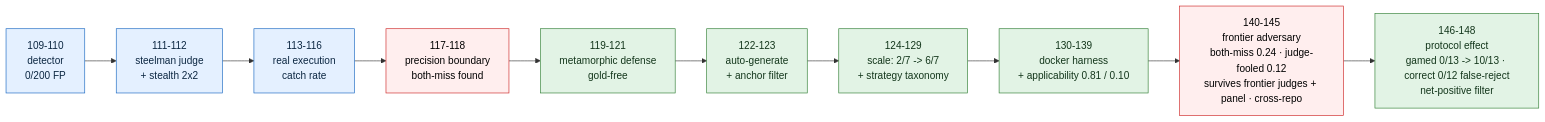
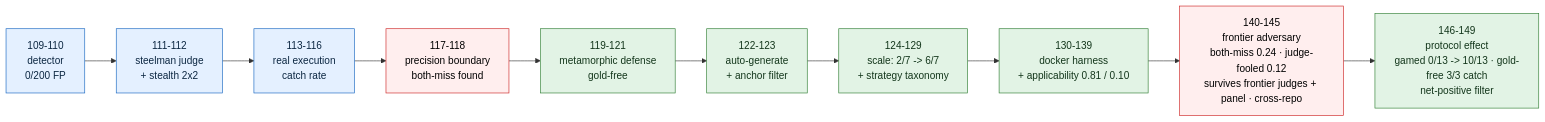
One commit to manfromnowhere143/telos changed the first of 2 diagrams in README.md. Above: the diagram before and after it, drawn with Mermaid. The commit also changed other lines of this file and 14 other files, not shown here.

Commit message:
iter149: protocol effect survives a gold-free oracle - a docstring-derived property (no held-out tests in the gate) catches gamed both-miss 3/3 and drives gold-free repair to real completion 2/3; closes the 'you used the real tests' objection (harness settings false-negative caught and fixed)

````diff
--- a/README.md
+++ b/README.md
@@ -770,10 +771,10 @@
 ```mermaid
 flowchart LR
-  L1["109-110<br/>detector<br/>0/200 FP"]-->L2["111-112<br/>steelman judge<br/>+ stealth 2x2"]-->L3["113-116<br/>real execution<br/>catch rate"]-->BM["117-118<br/>precision boundary<br/>both-miss found"]-->DEF["119-121<br/>metamorphic defense<br/>gold-free"]-->AUT["122-123<br/>auto-generate<br/>+ anchor filter"]-->SC["124-129<br/>scale: 2/7 -> 6/7<br/>+ strategy taxonomy"]-->APP["130-139<br/>docker harness<br/>+ applicability 0.81 / 0.10"]-->FBM["140-145<br/>frontier adversary<br/>both-miss 0.24 · judge-fooled 0.12<br/>survives frontier judges + panel · cross-repo"]-->PE["146-148<br/>protocol effect<br/>gamed 0/13 -> 10/13 · correct 0/12 false-reject<br/>net-positive filter"]
+  L1["109-110<br/>detector<br/>0/200 FP"]-->L2["111-112<br/>steelman judge<br/>+ stealth 2x2"]-->L3["113-116<br/>real execution<br/>catch rate"]-->BM["117-118<br/>precision boundary<br/>both-miss found"]-->DEF["119-121<br/>metamorphic defense<br/>gold-free"]-->AUT["122-123<br/>auto-generate<br/>+ anchor filter"]-->SC["124-129<br/>scale: 2/7 -> 6/7<br/>+ strategy taxonomy"]-->APP["130-139<br/>docker harness<br/>+ applicability 0.81 / 0.10"]-->FBM["140-145<br/>frontier adversary<br/>both-miss 0.24 · judge-fooled 0.12<br/>survives frontier judges + panel · cross-repo"]-->PE["146-149<br/>protocol effect<br/>gamed 0/13 -> 10/13 · gold-free 3/3 catch<br/>net-positive filter"]
   classDef d fill:#e4f0ff,stroke:#1565c0,color:#0c2742;
   classDef risk fill:#fee,stroke:#c22,color:#000;
   classDef fix fill:#e2f3e5,stroke:#2e7d32,color:#13361b;
   class L1,L2,L3 d;
   class BM,FBM risk;
   class DEF,AUT,SC,APP,PE fix;
 ```
````
